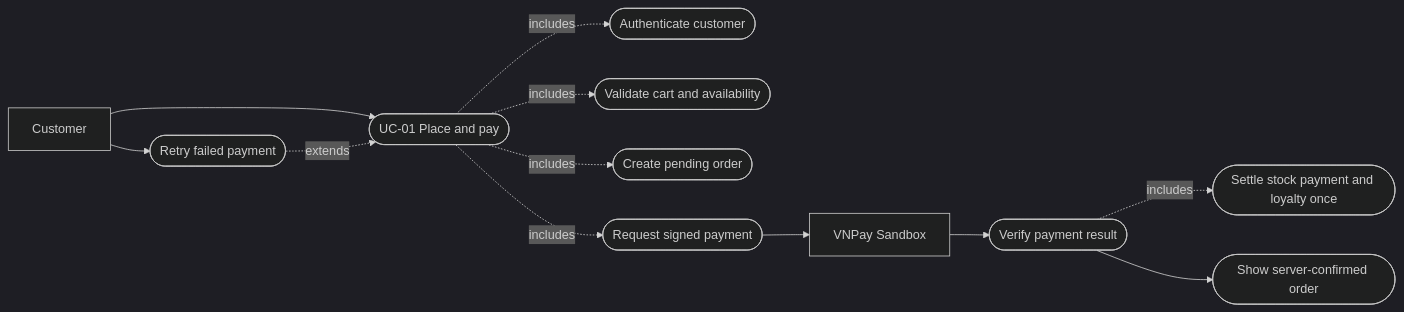
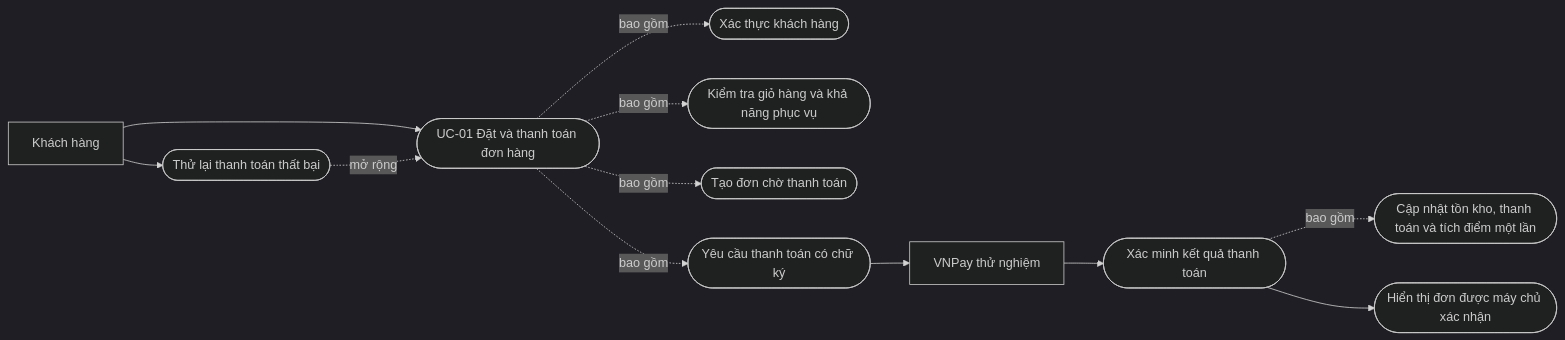
Before and after one commit to chuong4482/2_Assignment: the diagram in docs/diagrams/use-case-checkout.mmd, drawn with Mermaid (dark theme). The commit also changed 107 other files, not shown here.

```diff
--- a/docs/diagrams/use-case-checkout.mmd
+++ b/docs/diagrams/use-case-checkout.mmd
@@ -1,12 +1,12 @@
 flowchart LR
- C[Customer] --> P([UC-01 Place and pay])
- P -. includes .-> A([Authenticate customer])
- P -. includes .-> V([Validate cart and availability])
- P -. includes .-> O([Create pending order])
- P -. includes .-> S([Request signed payment])
- S --> G[VNPay Sandbox]
- G --> R([Verify payment result])
- R -. includes .-> D([Settle stock payment and loyalty once])
- R --> T([Show server-confirmed order])
- F([Retry failed payment]) -. extends .-> P
+ C[Khách hàng] --> P([UC-01 Đặt và thanh toán đơn hàng])
+ P -. bao gồm .-> A([Xác thực khách hàng])
+ P -. bao gồm .-> V([Kiểm tra giỏ hàng và khả năng phục vụ])
+ P -. bao gồm .-> O([Tạo đơn chờ thanh toán])
+ P -. bao gồm .-> S([Yêu cầu thanh toán có chữ ký])
+ S --> G[VNPay thử nghiệm]
+ G --> R([Xác minh kết quả thanh toán])
+ R -. bao gồm .-> D([Cập nhật tồn kho, thanh toán và tích điểm một lần])
+ R --> T([Hiển thị đơn được máy chủ xác nhận])
+ F([Thử lại thanh toán thất bại]) -. mở rộng .-> P
  C --> F
```
